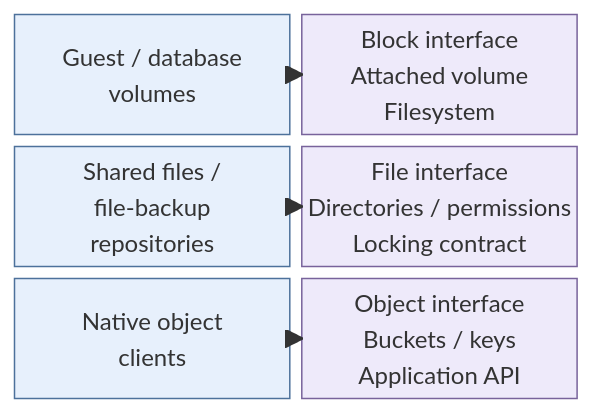
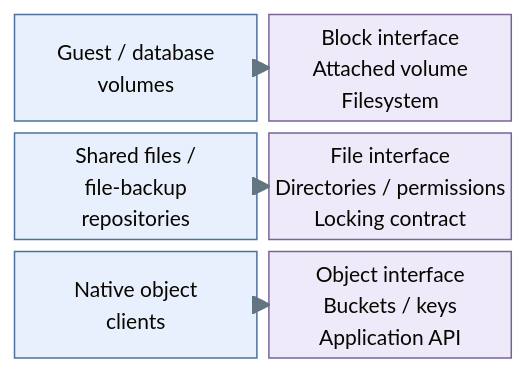
The diagram in docs/01-architecture/06-data/README.md (Rexus/homelab), drawn with Mermaid before and after one commit. The commit also changed other lines of this file and 124 other files, not shown here.

First line of the commit message:
fix(platform): align service diagrams and directory failover

````diff
--- a/docs/01-architecture/06-data/README.md
+++ b/docs/01-architecture/06-data/README.md
@@ -12,15 +12,16 @@
 ```mermaid
+%%{init: {"theme":"base","themeVariables":{"lineColor":"#627581","edgeLabelBackground":"#f8fafc","fontFamily":"Arial, sans-serif","fontSize":"14px"},"fontFamily":"Arial, sans-serif"}}%%
 block-beta
   columns 2
   Volumes["Guest / database<br/>volumes"] Block["Block interface<br/>Attached volume<br/>Filesystem"]
   Files["Shared files /<br/>file-backup<br/>repositories"] File["File interface<br/>Directories / permissions<br/>Locking contract"]
   Objects["Native object<br/>clients"] Object["Object interface<br/>Buckets / keys<br/>Application API"]
   Volumes --> Block
   Files --> File
   Objects --> Object
   classDef default fill:#f8fafc,stroke:#64748b,color:#1f2937
   classDef services fill:#e7f0fc,stroke:#4d719b,color:#203a5b
   classDef data fill:#eeeafa,stroke:#78639b,color:#42325d
   class Volumes,Files,Objects services
   class Block,File,Object data
 ```
````
